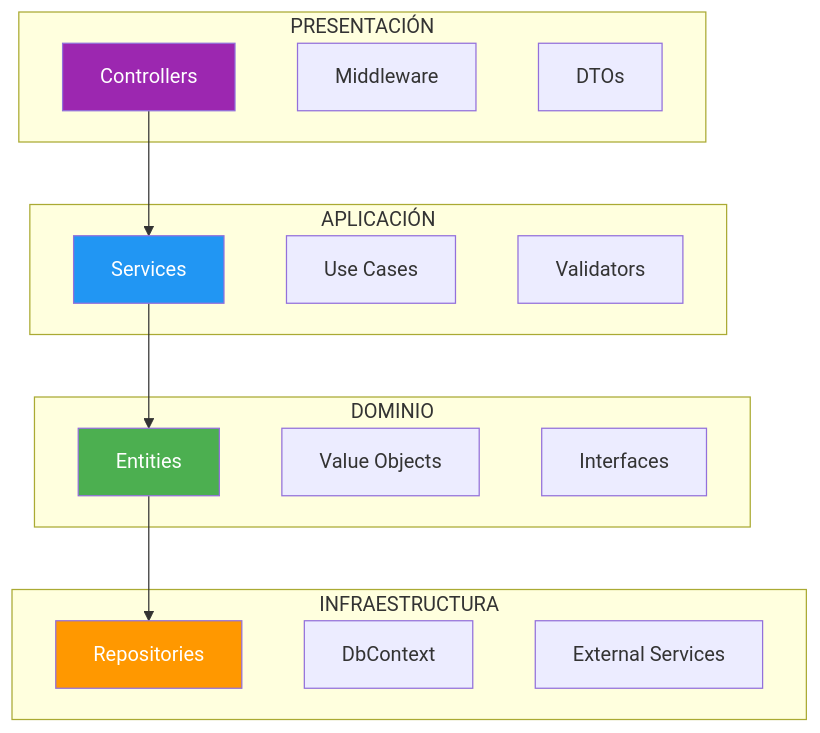
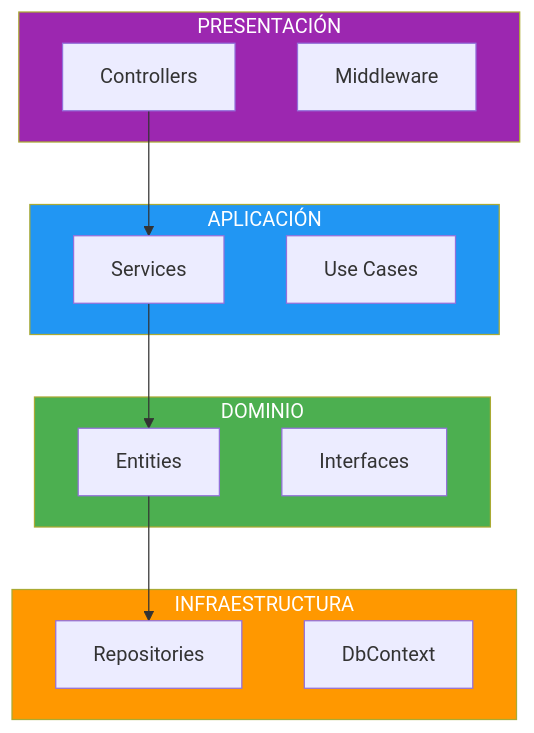
One commit to joseluisgs/DesarrolloWebEntornosServidor-02-2026-2027 changed the second of 5 diagrams in 11-clean-architecture.md. Above: the diagram before and after it, drawn with Mermaid. The commit also changed other lines of this file and 1 other file, not shown here.

Commit message:
[fix] Punto 10: añadir Reto. Punto 11: reescribir con estilo correcto (Buenas prácticas, Reto, Mermaid, 📌 Ejemplo real)

````diff
--- a/11-clean-architecture.md
+++ b/11-clean-architecture.md
@@ -127,35 +104,31 @@
 ```mermaid
 flowchart TB
-    subgraph "PRESENTACIÓN"
+    subgraph PRESENTACIÓN
         P1["Controllers"]
         P2["Middleware"]
-        P3["DTOs"]
     end
 
-    subgraph "APLICACIÓN"
+    subgraph APLICACIÓN
         A1["Services"]
         A2["Use Cases"]
-        A3["Validators"]
     end
 
-    subgraph "DOMINIO"
+    subgraph DOMINIO
         D1["Entities"]
-        D2["Value Objects"]
-        D3["Interfaces"]
+        D2["Interfaces"]
     end
 
-    subgraph "INFRAESTRUCTURA"
+    subgraph INFRAESTRUCTURA
         I1["Repositories"]
         I2["DbContext"]
-        I3["External Services"]
     end
 
     P1 --> A1
     A1 --> D1
     D1 --> I1
 
-    style P1 fill:#9C27B0,color:#fff
-    style A1 fill:#2196F3,color:#fff
-    style D1 fill:#4CAF50,color:#fff
-    style I1 fill:#FF9800,color:#fff
+    style PRESENTACIÓN fill:#9C27B0,color:#fff
+    style APLICACIÓN fill:#2196F3,color:#fff
+    style DOMINIO fill:#4CAF50,color:#fff
+    style INFRAESTRUCTURA fill:#FF9800,color:#fff
 ```
````
